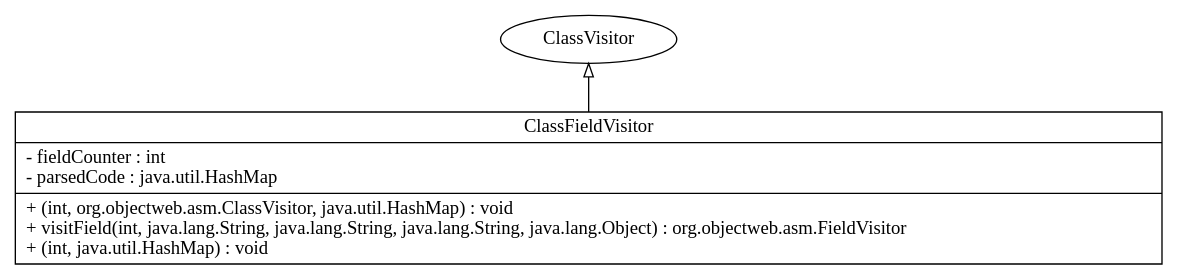
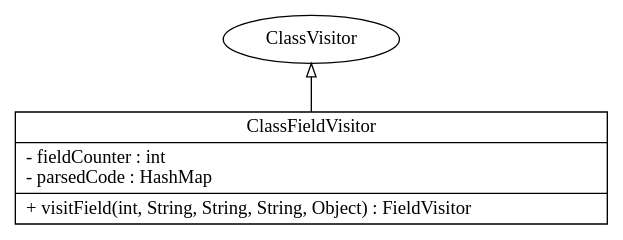
Before and after one commit to JGSquared/374Project: the diagram in input_output/graph.gv, drawn with Graphviz. The commit also changed 1 other file, not shown here.

Commit message:
Fixed formatting in GraphDesign, created two new helper methods

```diff
--- a/input_output/graph.gv
+++ b/input_output/graph.gv
@@ -1,6 +1,6 @@
 digraph G{
 rankdir=BT;
 ClassFieldVisitor [
 shape="record",
-label = "{ClassFieldVisitor|- fieldCounter : int\l- parsedCode : java.util.HashMap\l|+ (int, org.objectweb.asm.ClassVisitor, java.util.HashMap) : void\l+ visitField(int, java.lang.String, java.lang.String, java.lang.String, java.lang.Object) : org.objectweb.asm.FieldVisitor\l+ (int, java.util.HashMap) : void\l}"
+label = "{ClassFieldVisitor|- fieldCounter : int\l- parsedCode : HashMap\l|+ visitField(int, String, String, String, Object) : FieldVisitor\l}"
 ];ClassFieldVisitor -> ClassVisitor [arrowhead="onormal", style="solid"];}
```
